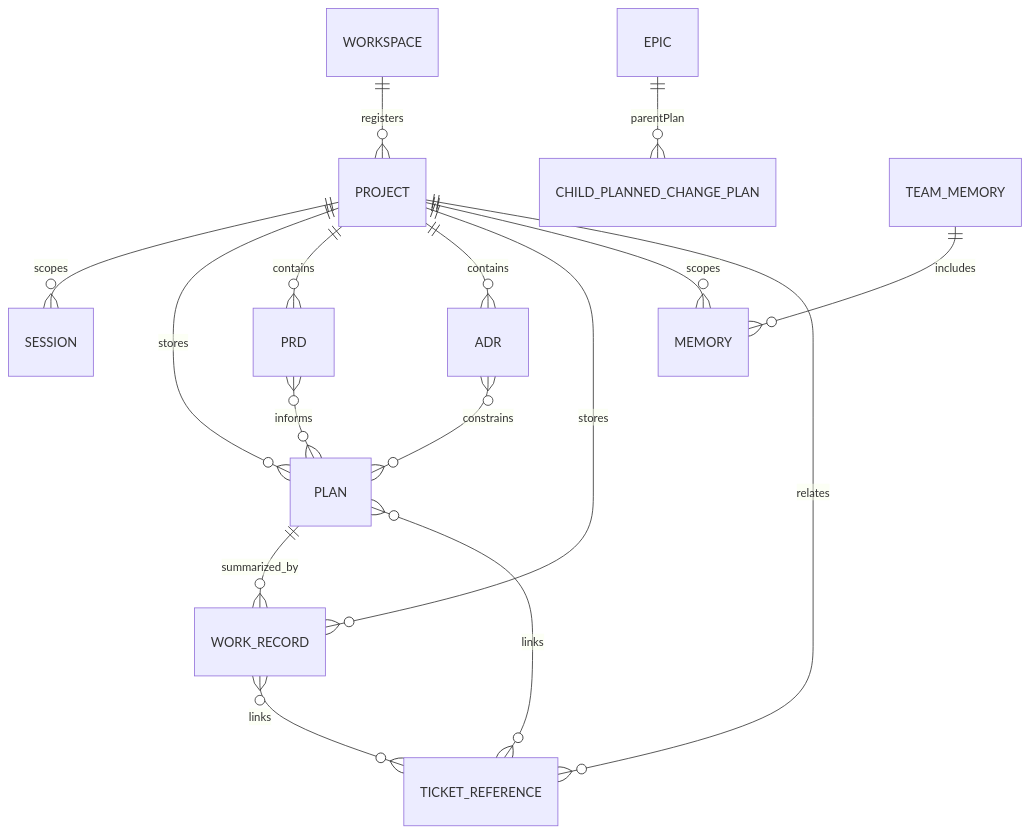
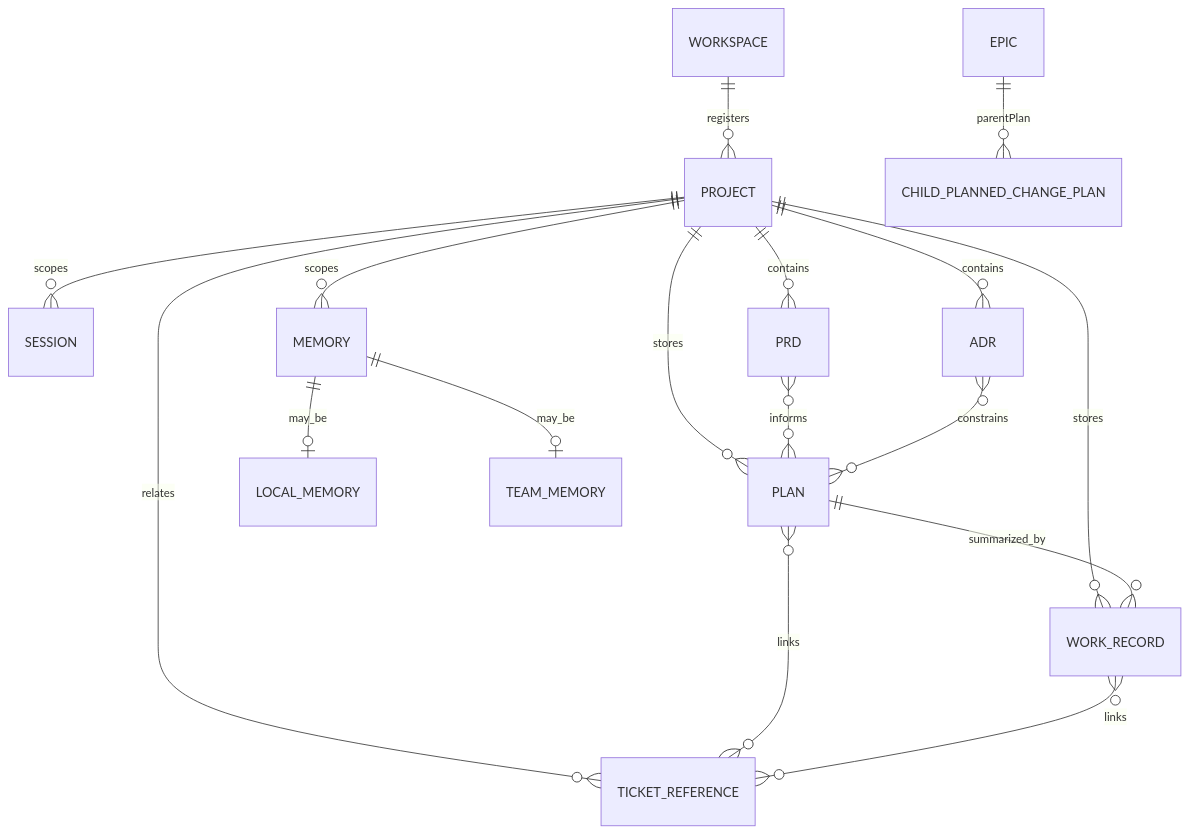
The first of 4 diagrams in docs/entity-model.md (gandazgul/runwield), drawn with Mermaid before and after one commit. The commit also changed other lines of this file, not shown here.

````diff
--- a/docs/entity-model.md
+++ b/docs/entity-model.md
@@ -15,18 +15,19 @@
 ```mermaid
 erDiagram
     WORKSPACE ||--o{ PROJECT : registers
     PROJECT ||--o{ SESSION : scopes
     PROJECT ||--o{ PLAN : stores
     PROJECT ||--o{ PRD : contains
     PROJECT ||--o{ ADR : contains
     PROJECT ||--o{ WORK_RECORD : stores
     PROJECT ||--o{ MEMORY : scopes
     PROJECT ||--o{ TICKET_REFERENCE : relates
     EPIC ||--o{ CHILD_PLANNED_CHANGE_PLAN : parentPlan
     PLAN ||--o{ WORK_RECORD : summarized_by
     PLAN }o--o{ TICKET_REFERENCE : links
     WORK_RECORD }o--o{ TICKET_REFERENCE : links
-    TEAM_MEMORY ||--o{ MEMORY : includes
+    MEMORY ||--o| LOCAL_MEMORY : may_be
+    MEMORY ||--o| TEAM_MEMORY : may_be
     PRD }o--o{ PLAN : informs
     ADR }o--o{ PLAN : constrains
 ```
````
